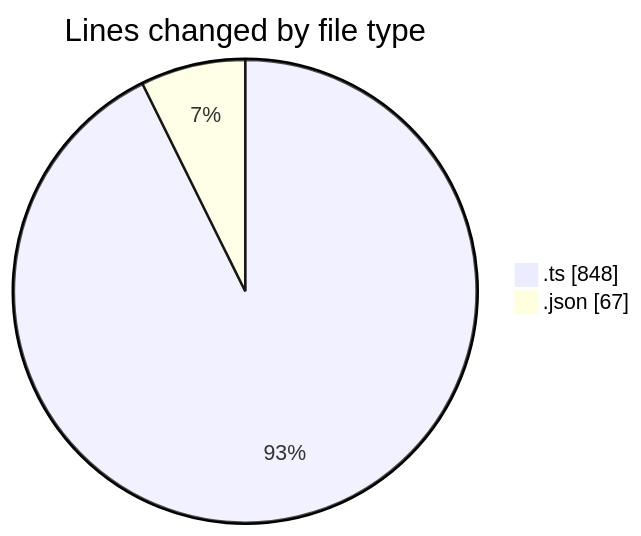
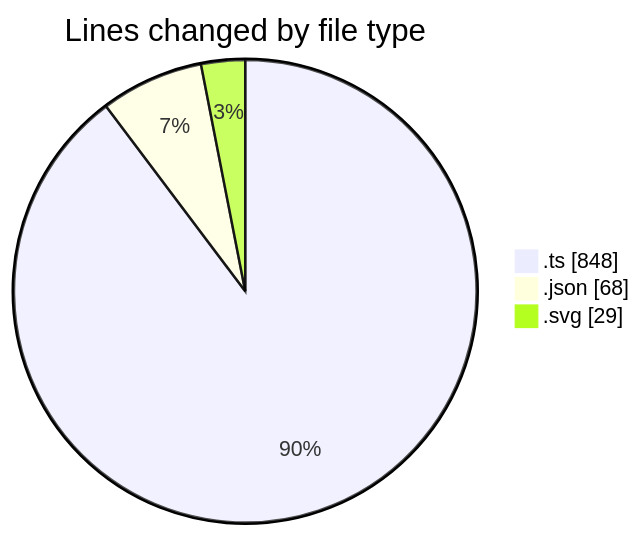
The first of 2 diagrams in 2024-12-30/my-code-activity-ext/README.md (ernivani/code-tracking), drawn with Mermaid before and after one commit. The commit also changed other lines of this file and 1 other file, not shown here.

````diff
--- a/2024-12-30/my-code-activity-ext/README.md
+++ b/2024-12-30/my-code-activity-ext/README.md
@@ -23,6 +24,7 @@
 ```mermaid
 pie showData
 title Lines changed by file type
 ".ts" : 848
-".json" : 67
+".json" : 68
+".svg" : 29
 ```
````
